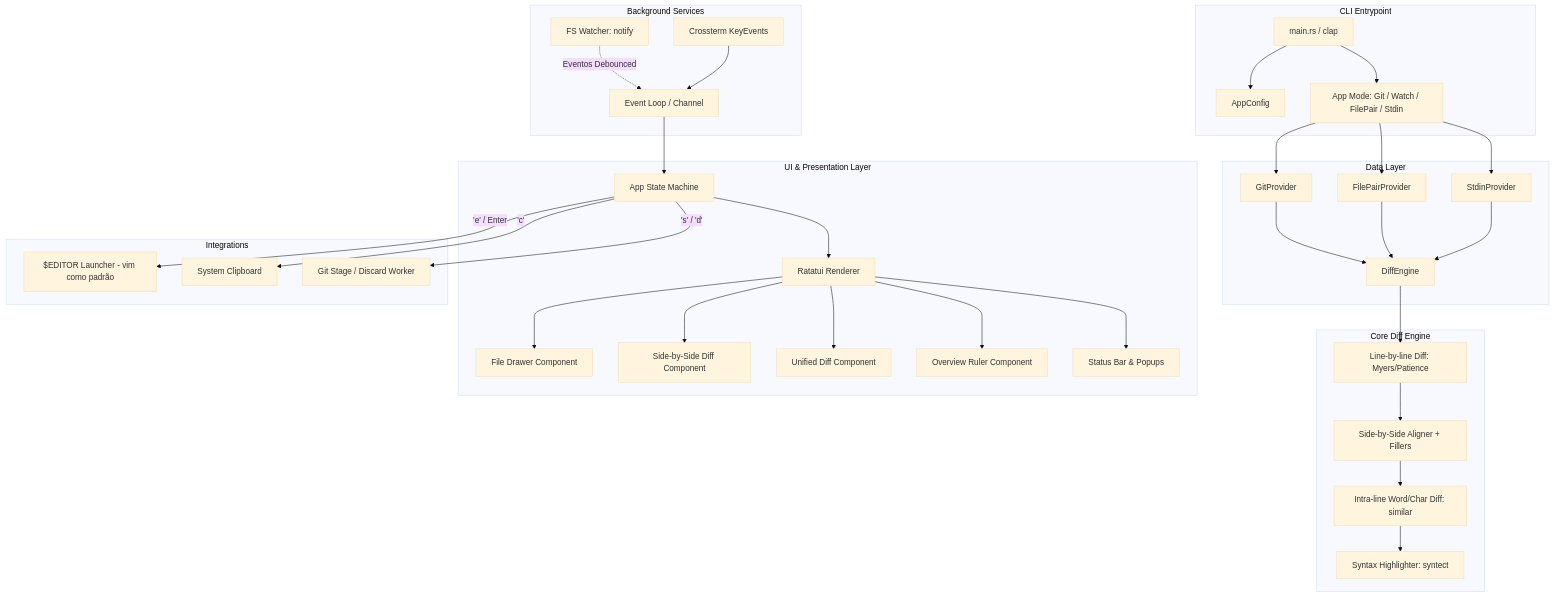
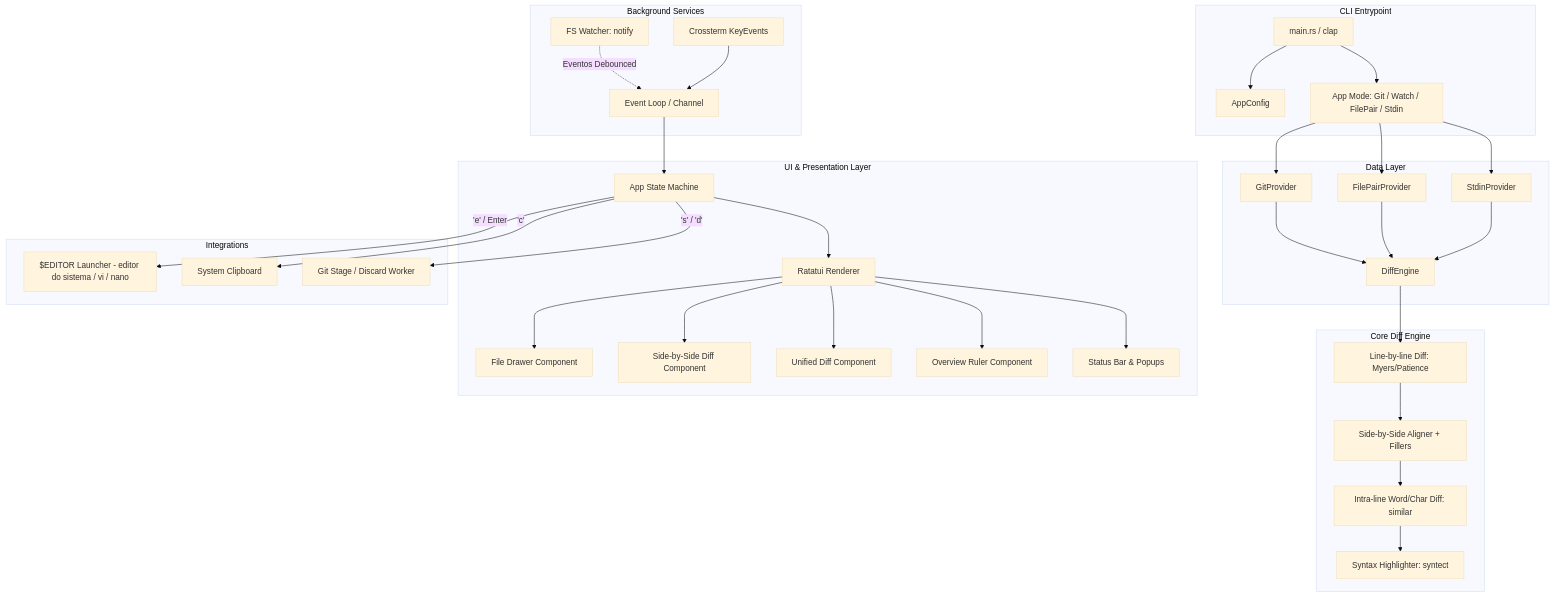
One commit to felipe-godoi/diffv changed the diagram in docs/architecture.md. Above: the diagram before and after it, drawn with Mermaid (base theme). The commit also changed other lines of this file and 4 other files, not shown here.

First line of the commit message:
fix(editor): resolve $GIT_EDITOR/$VISUAL/$EDITOR, then the system default, then vi/nano

````diff
--- a/docs/architecture.md
+++ b/docs/architecture.md
@@ -31,44 +31,44 @@
 ```mermaid
 graph TD
     subgraph CLI Entrypoint
         A[main.rs / clap] --> B[AppConfig]
         A --> C[App Mode: Git / Watch / FilePair / Stdin]
     end
 
     subgraph Data Layer
         C --> D[GitProvider]
         C --> E[FilePairProvider]
         C --> F[StdinProvider]
         D --> G[DiffEngine]
         E --> G
         F --> G
     end
 
     subgraph Core Diff Engine
         G --> H[Line-by-line Diff: Myers/Patience]
         H --> I[Side-by-Side Aligner + Fillers]
         I --> J[Intra-line Word/Char Diff: similar]
         J --> K[Syntax Highlighter: syntect]
     end
 
     subgraph Background Services
         L[FS Watcher: notify] -.->|Eventos Debounced| M[Event Loop / Channel]
         N[Crossterm KeyEvents] --> M
     end
 
     subgraph UI & Presentation Layer
         M --> O[App State Machine]
         O --> P[Ratatui Renderer]
         P --> Q[File Drawer Component]
         P --> R[Side-by-Side Diff Component]
         P --> S[Unified Diff Component]
         P --> T[Overview Ruler Component]
         P --> U[Status Bar & Popups]
     end
 
     subgraph Integrations
-        O -->|'e' / Enter| V[$EDITOR Launcher - vim como padrão]
+        O -->|'e' / Enter| V[$EDITOR Launcher - editor do sistema / vi / nano]
         O -->|'c'| W[System Clipboard]
         O -->|'s' / 'd'| X[Git Stage / Discard Worker]
     end
 ```
````
